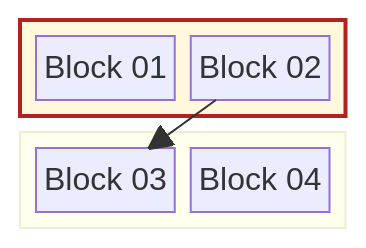
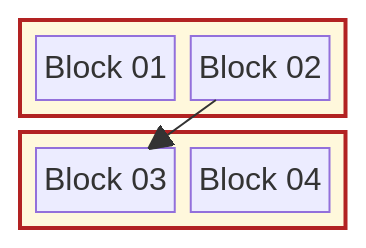
Before and after one commit to joe-dorward/samples: the seventh of 7 diagrams in blocks/blocks_v1.md, drawn with Mermaid.

````diff
--- a/blocks/blocks_v1.md
+++ b/blocks/blocks_v1.md
@@ -87,26 +87,26 @@
 ```mermaid
   block
   columns 1
 
   %% define a block with an ID for styling
   block:GROUP_01
     BLOCK_01["Block 01"]
     BLOCK_02["Block 02"]
   end
 
   block:GROUP_02
     BLOCK_03["Block 03"]
     BLOCK_04["Block 04"]
   end
 
   %% add link
   BLOCK_02-->
   BLOCK_03
 
   %% style
   %%style GROUP_01 fill:cornsilk,stroke:firebrick,stroke-width:2px
   %%style GROUP_02 fill:cornsilk,stroke:firebrick,stroke-width:2px
 
   classDef group fill:cornsilk,stroke:firebrick,stroke-width:2px
-  class GROUP_01, GROUP_02 group
+  class GROUP_01,GROUP_02 group
 ```
````
